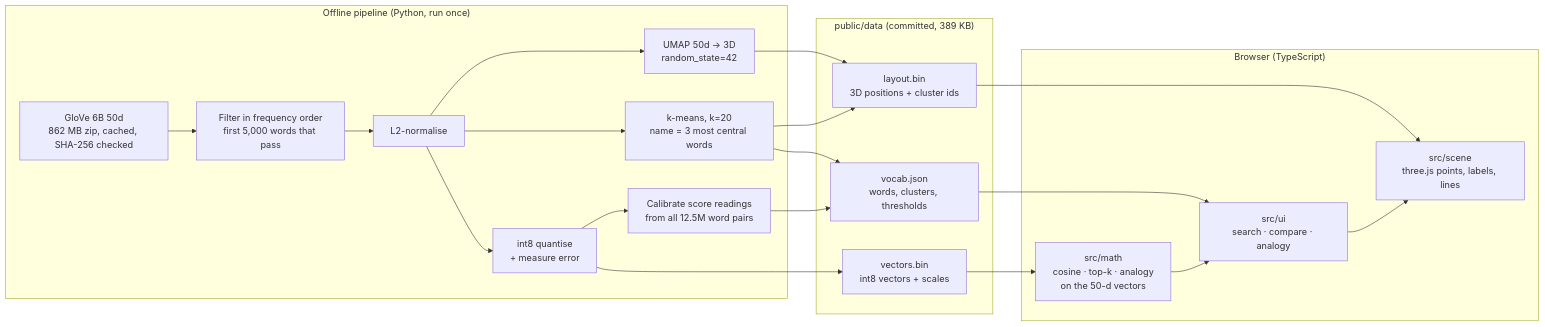
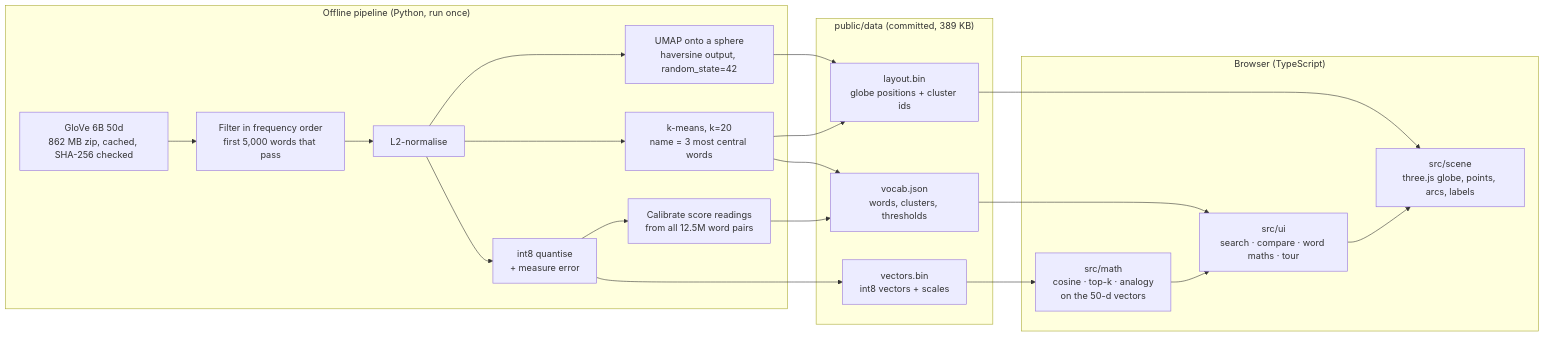
Before and after one commit to Omkar210404/Embedscape: the diagram in README.md, drawn with Mermaid. The commit also changed other lines of this file and 1 other file, not shown here.

Commit message:
Update README and plan for the globe redesign

````diff
--- a/README.md
+++ b/README.md
@@ -46,31 +58,31 @@
 ```mermaid
 flowchart LR
   subgraph offline["Offline pipeline (Python, run once)"]
     G["GloVe 6B 50d<br/>862 MB zip, cached, SHA-256 checked"] --> F["Filter in frequency order<br/>first 5,000 words that pass"]
     F --> N["L2-normalise"]
     N --> Q["int8 quantise<br/>+ measure error"]
-    N --> U["UMAP 50d → 3D<br/>random_state=42"]
+    N --> U["UMAP onto a sphere<br/>haversine output, random_state=42"]
     N --> K["k-means, k=20<br/>name = 3 most central words"]
     Q --> C["Calibrate score readings<br/>from all 12.5M word pairs"]
   end
   subgraph static["public/data (committed, 389 KB)"]
     V["vectors.bin<br/>int8 vectors + scales"]
-    L["layout.bin<br/>3D positions + cluster ids"]
+    L["layout.bin<br/>globe positions + cluster ids"]
     J["vocab.json<br/>words, clusters, thresholds"]
   end
   Q --> V
   U --> L
   K --> L
   K --> J
   C --> J
   subgraph browser["Browser (TypeScript)"]
     M["src/math<br/>cosine · top-k · analogy<br/>on the 50-d vectors"]
-    S["src/scene<br/>three.js points, labels, lines"]
-    P["src/ui<br/>search · compare · analogy"]
+    S["src/scene<br/>three.js globe, points, arcs, labels"]
+    P["src/ui<br/>search · compare · word maths · tour"]
   end
   V --> M
   L --> S
   J --> P
   M --> P
   P --> S
 ```
````
